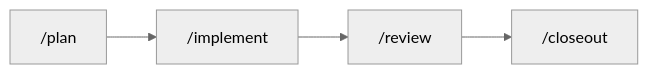
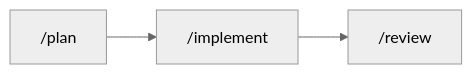
Before and after one commit to rubpergar/krill: the diagram in README.md, drawn with Mermaid (neutral theme). The commit also changed other lines of this file and 6 other files, not shown here.

````diff
--- a/README.md
+++ b/README.md
@@ -30,4 +30,4 @@
 ```mermaid
 flowchart LR
-    P["/plan"] --> I["/implement"] --> R["/review"] --> C["/closeout"]
+    P["/plan"] --> I["/implement"] --> R["/review"]
 ```
````
